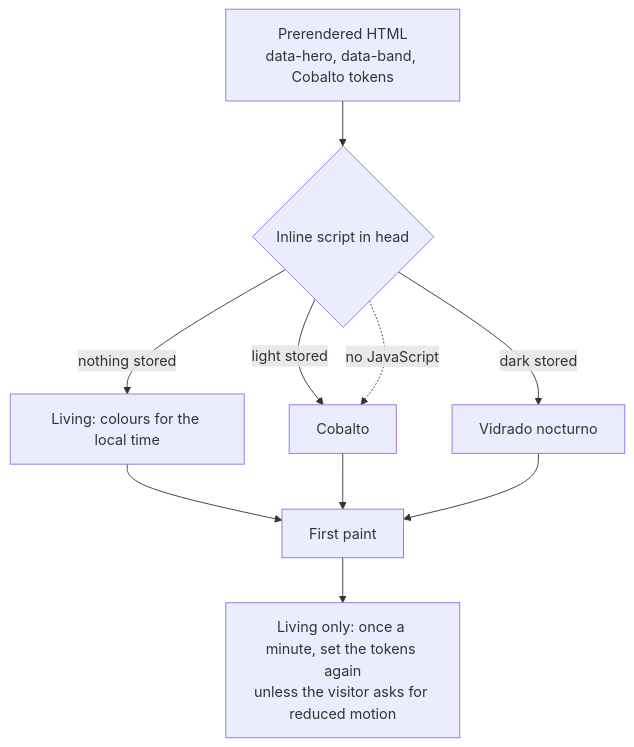
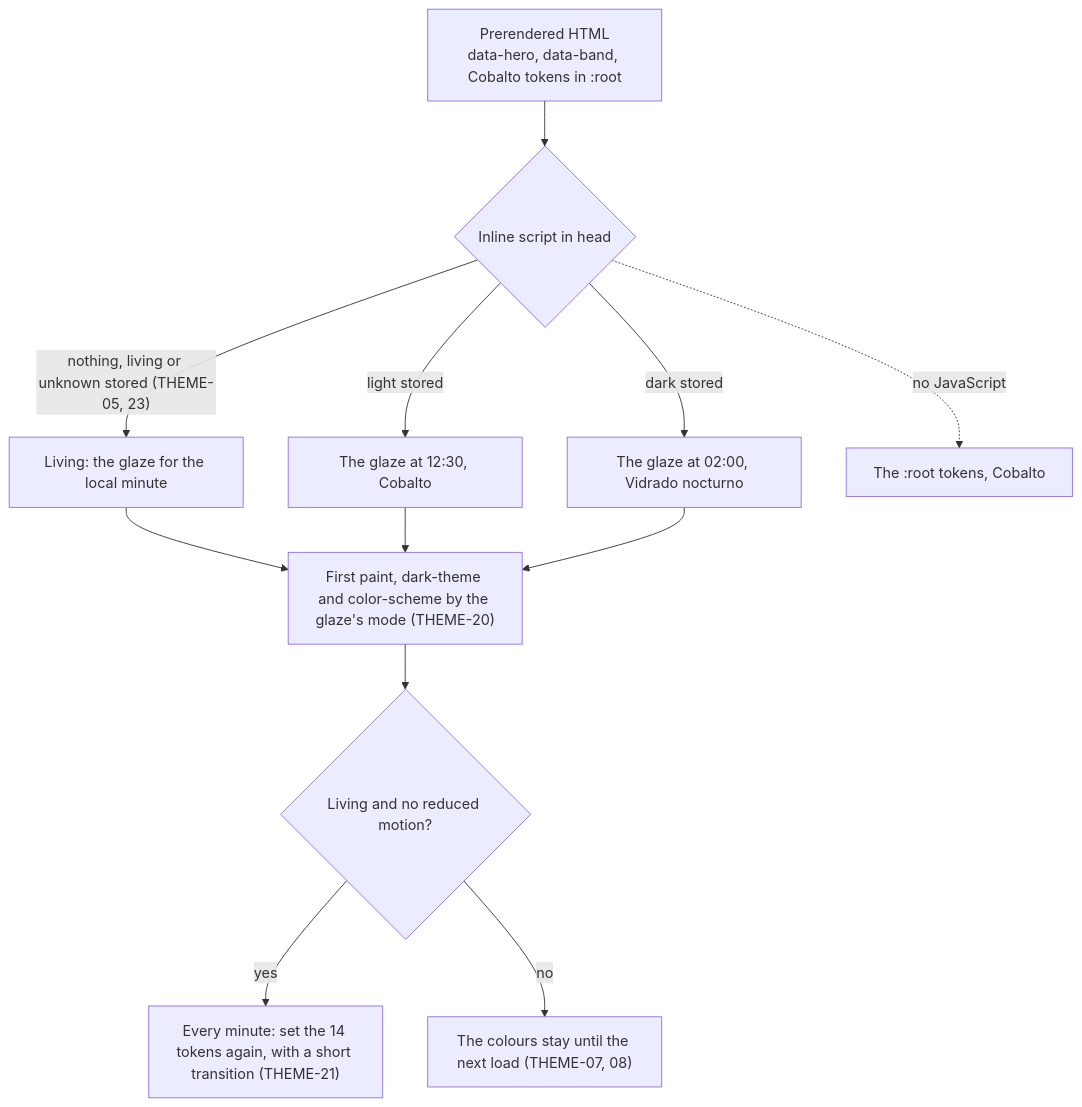
The first of 3 diagrams in docs/examples/theme.md (zuacaldeira/zuacaldeira.com), drawn with Mermaid before and after one commit. The commit also changed other lines of this file and 1 other file, not shown here.

First line of the commit message:
mock-up: make the living glaze the colour reference, and write the cases that remove the drift

````diff
--- a/docs/examples/theme.md
+++ b/docs/examples/theme.md
@@ -28,12 +78,14 @@
 ```mermaid
 flowchart TD
-    H["Prerendered HTML<br/>data-hero, data-band, Cobalto tokens"] --> S{"Inline script in head"}
-    S -->|"nothing stored"| L["Living: colours for the local time"]
-    S -->|"light stored"| C["Cobalto"]
-    S -->|"dark stored"| N["Vidrado nocturno"]
-    S -.->|"no JavaScript"| C
-    L --> P["First paint"]
+    H["Prerendered HTML<br/>data-hero, data-band, Cobalto tokens in :root"] --> S{"Inline script in head"}
+    S -->|"nothing, living or unknown stored (THEME-05, 23)"| L["Living: the glaze for the local minute"]
+    S -->|"light stored"| C["The glaze at 12:30, Cobalto"]
+    S -->|"dark stored"| N["The glaze at 02:00, Vidrado nocturno"]
+    S -.->|"no JavaScript"| C0["The :root tokens, Cobalto"]
+    L --> P["First paint, dark-theme and color-scheme by the glaze's mode (THEME-20)"]
     C --> P
     N --> P
-    P --> T["Living only: once a minute, set the tokens again<br/>unless the visitor asks for reduced motion"]
+    P --> T{"Living and no reduced motion?"}
+    T -->|"yes"| K["Every minute: set the 14 tokens again, with a short transition (THEME-21)"]
+    T -->|"no"| Z["The colours stay until the next load (THEME-07, 08)"]
 ```
````
